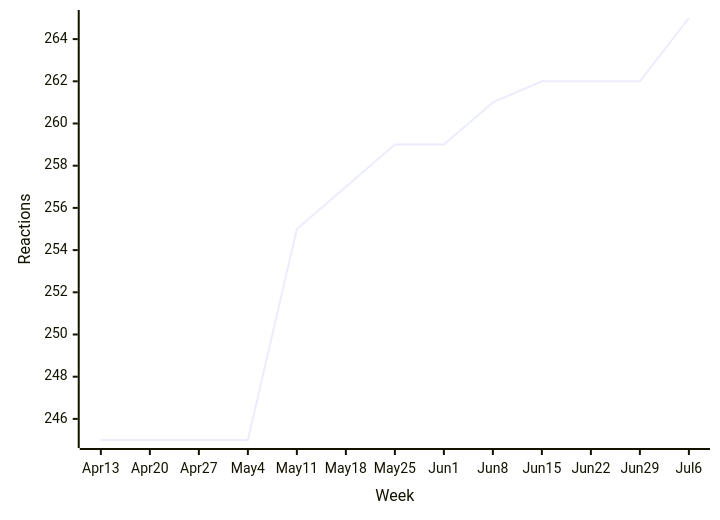
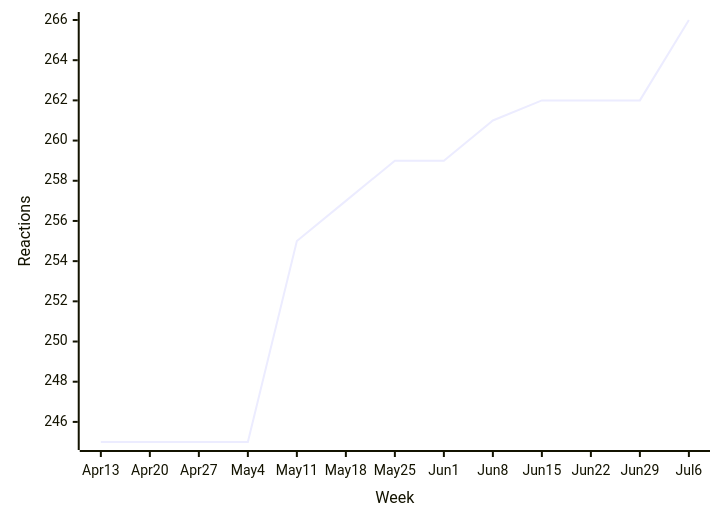
Before and after one commit to loic-sharma/github-insights: the fifth of 48 diagrams in README.md, drawn with Mermaid. The commit also changed other lines of this file and 3 other files, not shown here.

````diff
--- a/README.md
+++ b/README.md
@@ -407,6 +407,6 @@
   ```mermaid
   xychart-beta
     x-axis "Week" [Apr 13, Apr 20, Apr 27, May 4, May 11, May 18, May 25, Jun 1, Jun 8, Jun 15, Jun 22, Jun 29, Jul 6]
     y-axis "Reactions"
-    line [245, 245, 245, 245, 255, 257, 259, 259, 261, 262, 262, 262, 265]
+    line [245, 245, 245, 245, 255, 257, 259, 259, 261, 262, 262, 262, 266]
   ```
````
